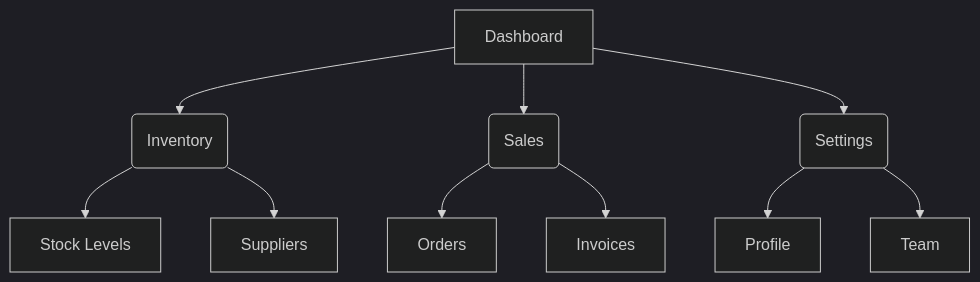
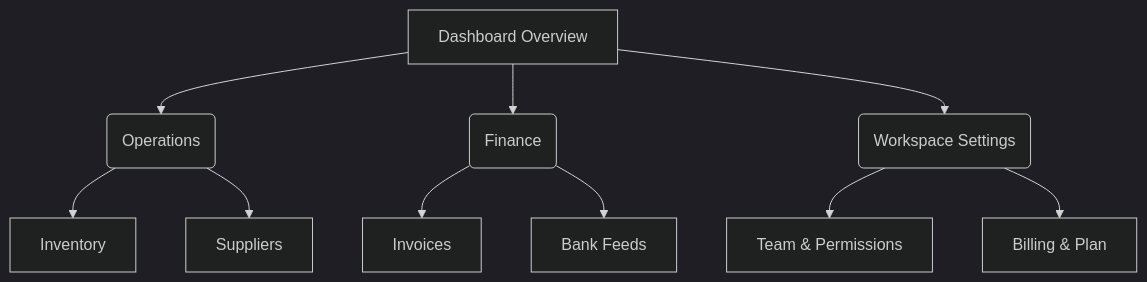
Before and after one commit to Uwayxt/agent-skills: the diagram in .agents/skills/information-architecture/SKILL.md, drawn with Mermaid (dark theme). The commit also changed other lines of this file and 44 other files, not shown here.

````diff
--- a/.agents/skills/information-architecture/SKILL.md
+++ b/.agents/skills/information-architecture/SKILL.md
@@ -18,12 +18,12 @@
 ```mermaid
 graph TD
-    A[Dashboard] --> B(Inventory)
-    A --> C(Sales)
-    A --> D(Settings)
-    B --> B1[Stock Levels]
-    B --> B2[Suppliers]
-    C --> C1[Orders]
-    C --> C2[Invoices]
-    D --> D1[Profile]
-    D --> D2[Team]
+    Home[Dashboard Overview] --> Ops(Operations)
+    Home --> Fin(Finance)
+    Home --> Settings(Workspace Settings)
+    Ops --> Ops1[Inventory]
+    Ops --> Ops2[Suppliers]
+    Fin --> Fin1[Invoices]
+    Fin --> Fin2[Bank Feeds]
+    Settings --> Set1[Team & Permissions]
+    Settings --> Set2[Billing & Plan]
 ```
````
